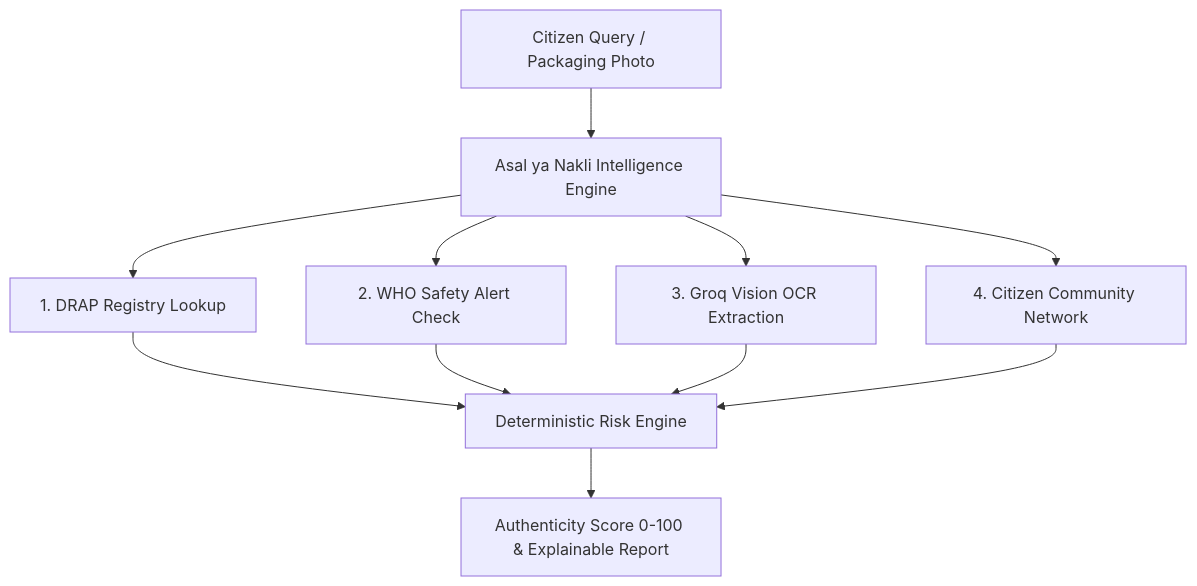
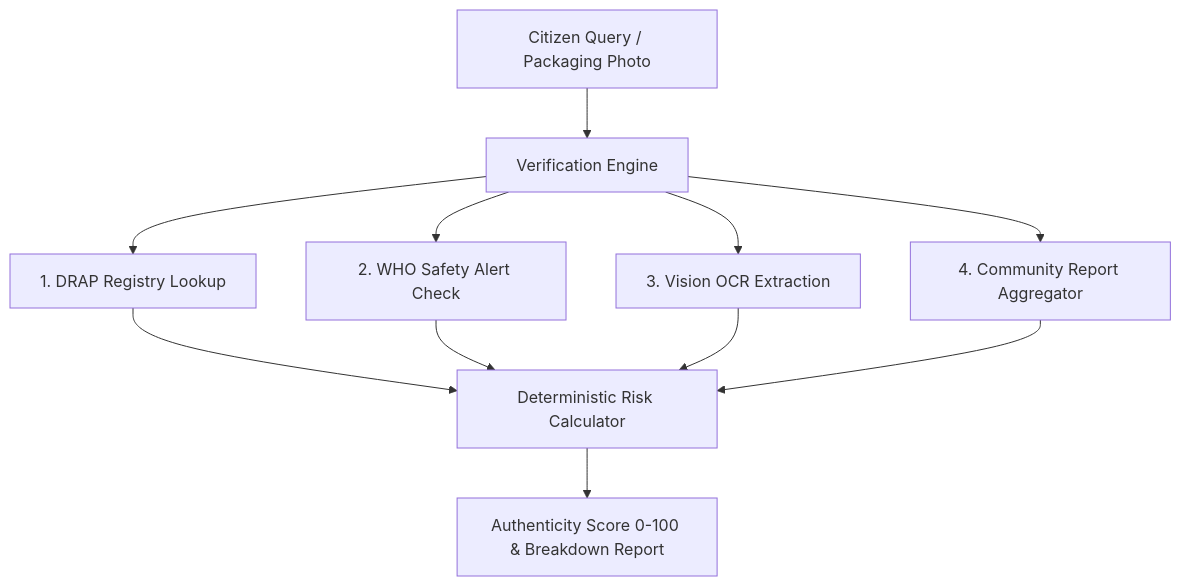
The diagram in README.md (HamzaKhanBUIC/asal-ya-nakli), drawn with Mermaid before and after one commit. The commit also changed other lines of this file, not shown here.

Commit message:
docs: standardize technical architecture specification, remove emojis and long dashes

````diff
--- a/README.md
+++ b/README.md
@@ -28,13 +26,13 @@
 ```mermaid
 graph TD
-    A[Citizen Query / Packaging Photo] --> B[Asal ya Nakli Intelligence Engine]
+    A[Citizen Query / Packaging Photo] --> B[Verification Engine]
     B --> C[1. DRAP Registry Lookup]
     B --> D[2. WHO Safety Alert Check]
-    B --> E[3. Groq Vision OCR Extraction]
-    B --> F[4. Citizen Community Network]
-    C --> G[Deterministic Risk Engine]
+    B --> E[3. Vision OCR Extraction]
+    B --> F[4. Community Report Aggregator]
+    C --> G[Deterministic Risk Calculator]
     D --> G
     E --> G
     F --> G
-    G --> H[Authenticity Score 0-100 & Explainable Report]
+    G --> H[Authenticity Score 0-100 & Breakdown Report]
 ```
````
